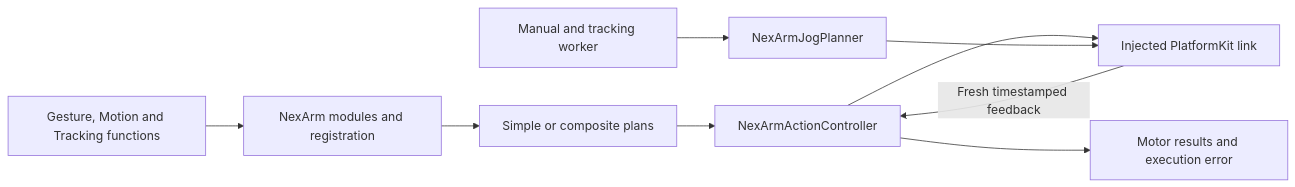
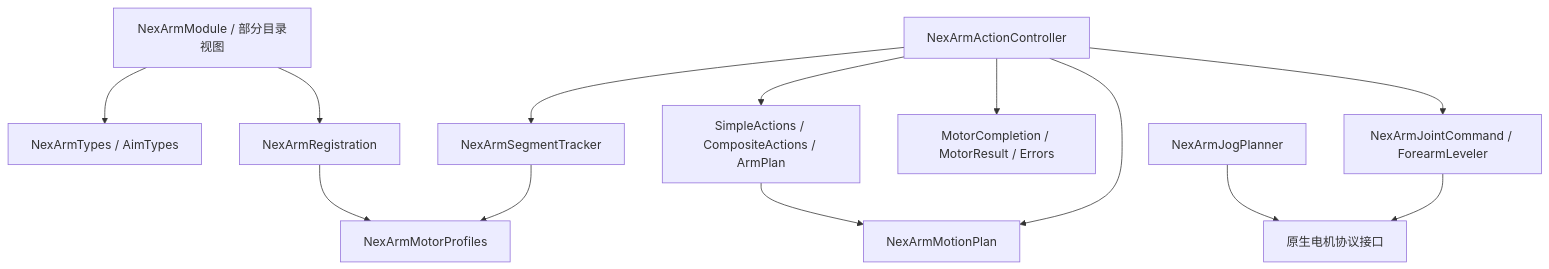
The second of 2 diagrams in MobileHarness/Actions/NexArm/Support/README.md (devilyouwei/MobileHarness), drawn with Mermaid before and after one commit. The commit also changed other lines of this file and 108 other files, not shown here.

````diff
--- a/MobileHarness/Actions/NexArm/Support/README.md
+++ b/MobileHarness/Actions/NexArm/Support/README.md
@@ -15,11 +23,15 @@
 ```mermaid
-flowchart LR
- Entries[Gesture, Motion and Tracking functions] --> Catalog[NexArm modules and registration]
- Catalog --> Plan[Simple or composite plans]
- Plan --> Controller[NexArmActionController]
- Controller --> Link[Injected PlatformKit link]
- Link -->|Fresh timestamped feedback| Controller
- Controller --> Outcomes[Motor results and execution error]
- App[Manual and tracking worker] --> Planner[NexArmJogPlanner]
- Planner --> Link
+flowchart TB
+    Module[NexArmModule / 部分目录视图] --> Types[NexArmTypes / AimTypes]
+    Module --> Registration[NexArmRegistration]
+    Registration --> Profiles[NexArmMotorProfiles]
+    Controller[NexArmActionController] --> Geometry[SimpleActions / CompositeActions / ArmPlan]
+    Geometry --> Plan[NexArmMotionPlan]
+    Controller --> Plan
+    Controller --> Tracker[NexArmSegmentTracker]
+    Tracker --> Profiles
+    Controller --> Results[MotorCompletion / MotorResult / Errors]
+    Controller --> Joint[NexArmJointCommand / ForearmLeveler]
+    Jog[NexArmJogPlanner] --> Native[原生电机协议接口]
+    Joint --> Native
 ```
````
